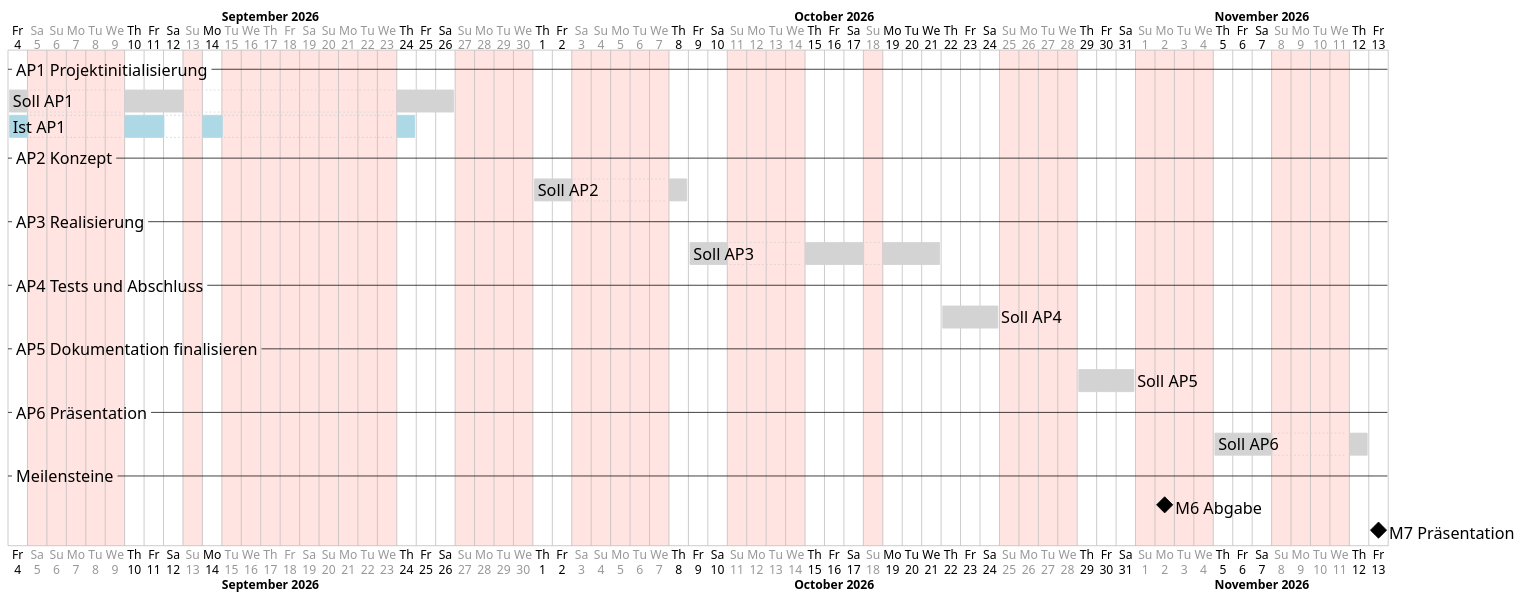
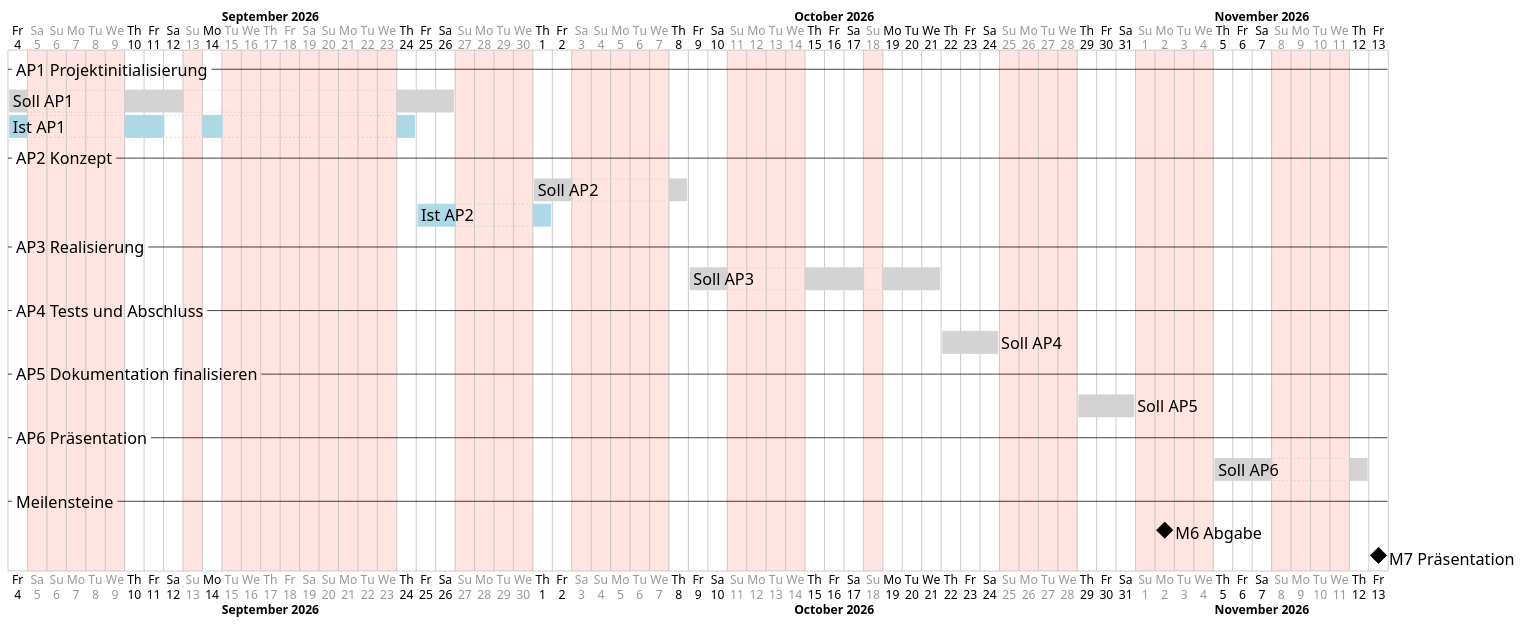
The diagram in documentation/diagrams/Terminplan_SollIst.puml (Adyrem/diploma-label-localization), drawn with PlantUML before and after one commit. The commit also changed 8 other files, not shown here.

```diff
--- a/documentation/diagrams/Terminplan_SollIst.puml
+++ b/documentation/diagrams/Terminplan_SollIst.puml
@@ -1,66 +1,68 @@
 @startgantt
 ' Soll/Ist-Vergleich auf Phasenebene, für das Kapitel Reflexion.
 ' Während des Projekts laufend nachführen: pro Arbeitspaket die Ist-Zeile
 ' auf die effektiven Start- und Enddaten setzen. Quelle ist die Tabelle
 ' "Detailplanung und Aufwanderfassung" im Anhang.
 ' Rendern: plantuml -tpng -charset UTF-8 Terminplan_SollIst.puml
 
 <style>
 ganttDiagram {
   task { FontSize 20 }
   milestone { FontSize 20 }
   separator { FontSize 20 }
   timeline { FontSize 15 }
   closed { BackGroundColor MistyRose }
 }
 </style>
 
 projectscale daily zoom 1
 project starts 2026-09-04
 
 monday are closed
 tuesday are closed
 wednesday are closed
 sunday are closed
 
 2026-09-05 to 2026-09-06 are closed
 2026-09-17 to 2026-09-20 are closed
 2026-10-03 to 2026-10-04 are closed
 2026-10-19 to 2026-10-21 are open
 ' AP1.5 wurde am 11.09. und am Montag, 14.09., bearbeitet
 2026-09-14 is open
 
 -- AP1 Projektinitialisierung --
 [Soll AP1] as [S1] starts 2026-09-04 and ends 2026-09-26
 ' Der 14.09. war nicht eingeplant
 [S1] pauses on 2026-09-14
 [Ist AP1] as [I1] starts 2026-09-04 and ends 2026-09-24
 [I1] pauses on 2026-09-12
 
 -- AP2 Konzept --
 [Soll AP2] as [S2] starts 2026-10-01 and requires 3 days
+[Ist AP2] as [I2] starts 2026-09-25 and ends 2026-10-01
 
 -- AP3 Realisierung --
 [Soll AP3] as [S3] starts 2026-10-09 and requires 8 days
 
 -- AP4 Tests und Abschluss --
 [Soll AP4] as [S4] starts 2026-10-22 and requires 3 days
 
 -- AP5 Dokumentation finalisieren --
 [Soll AP5] as [S5] starts 2026-10-29 and requires 3 days
 
 -- AP6 Präsentation --
 [Soll AP6] as [S6] starts 2026-11-05 and requires 4 days
 
 -- Meilensteine --
 [M6 Abgabe] happens 2026-11-02
 [M7 Präsentation] happens 2026-11-13
 
 [S1] is colored in LightGray
 [S2] is colored in LightGray
 [S3] is colored in LightGray
 [S4] is colored in LightGray
 [S5] is colored in LightGray
 [S6] is colored in LightGray
 [I1] is colored in LightBlue
+[I2] is colored in LightBlue
 @endgantt
```
